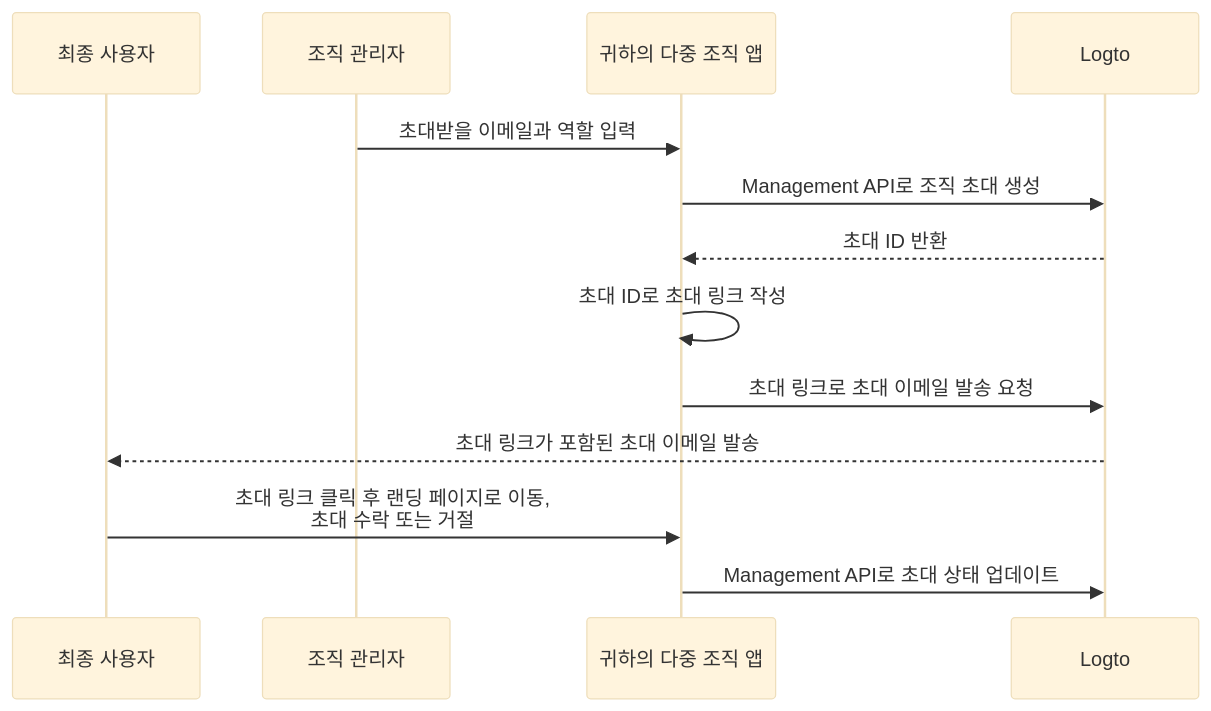
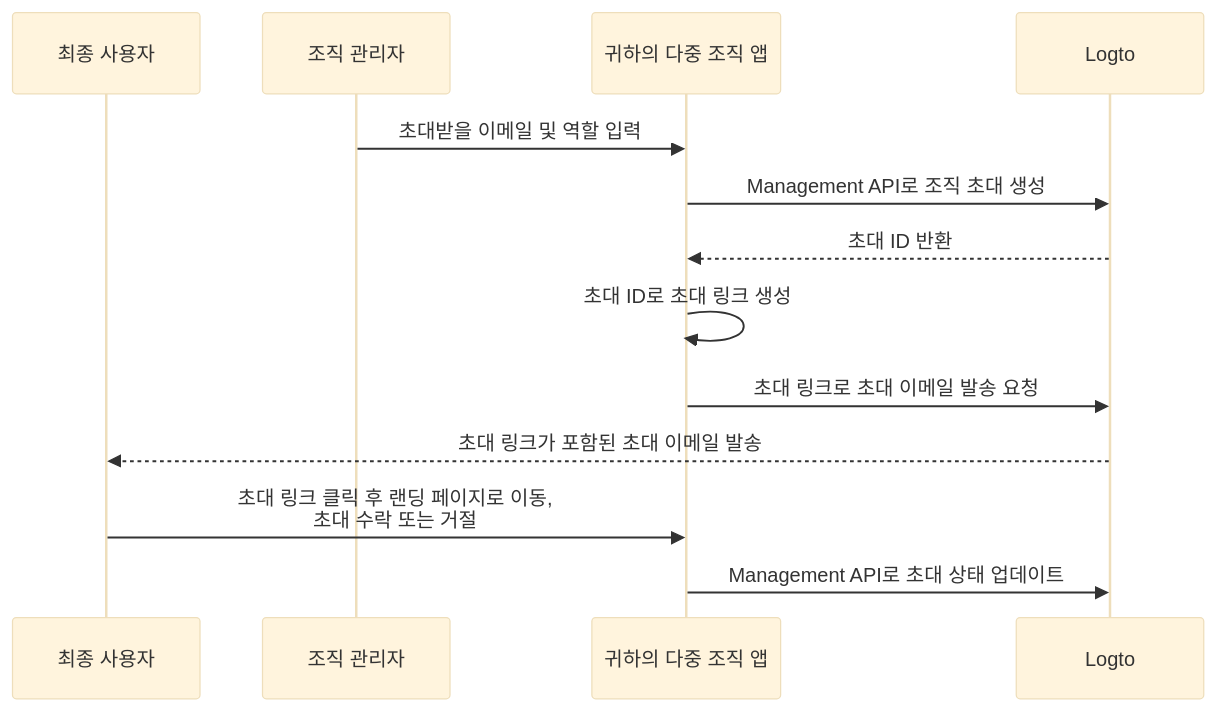
Before and after one commit to logto-io/docs: the diagram in i18n/ko/docusaurus-plugin-content-docs/current/end-user-flows/organization-experience/invite-organization-members.mdx, drawn with Mermaid (base theme). The commit also changed other lines of this file and 54 other files, not shown here.

````diff
--- a/i18n/ko/docusaurus-plugin-content-docs/current/end-user-flows/organization-experience/invite-organization-members.mdx
+++ b/i18n/ko/docusaurus-plugin-content-docs/current/end-user-flows/organization-experience/invite-organization-members.mdx
@@ -13,16 +13,16 @@
 ```mermaid
 sequenceDiagram
 	Participant U as 최종 사용자
   Participant A as 조직 관리자
   Participant C as 귀하의 다중 조직 앱
 	Participant L as Logto
 
-  A ->> C: 초대받을 이메일과 역할 입력
+  A ->> C: 초대받을 이메일 및 역할 입력
   C ->> L: Management API로 조직 초대 생성
   L -->> C: 초대 ID 반환
-  C ->> C: 초대 ID로 초대 링크 작성
+  C ->> C: 초대 ID로 초대 링크 생성
   C ->> L: 초대 링크로 초대 이메일 발송 요청
   L -->> U: 초대 링크가 포함된 초대 이메일 발송
   U ->> C: 초대 링크 클릭 후 랜딩 페이지로 이동,<br /> 초대 수락 또는 거절
   C ->> L: Management API로 초대 상태 업데이트
 ```
````
